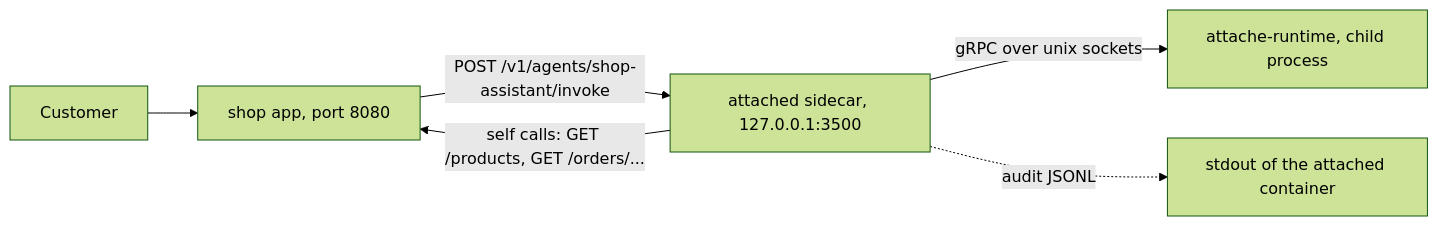
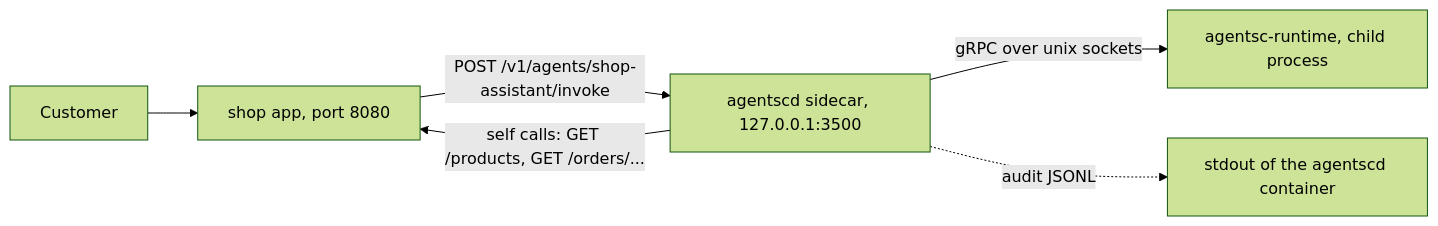
The first of 3 diagrams in docs/guides/monolith-and-monorepo.md (f8fvwgzc/agent-sidecar), drawn with Mermaid (forest theme) before and after one commit. The commit also changed other lines of this file and 365 other files, not shown here.

First line of the commit message:
Rename attache to agentsc (agent-sidecar) everywhere

````diff
--- a/docs/guides/monolith-and-monorepo.md
+++ b/docs/guides/monolith-and-monorepo.md
@@ -11,8 +11,8 @@
 ```mermaid
 flowchart LR
   user["Customer"] --> app["shop app, port 8080"]
-  app -->|"POST /v1/agents/shop-assistant/invoke"| sc["attached sidecar, 127.0.0.1:3500"]
-  sc -->|"gRPC over unix sockets"| rt["attache-runtime, child process"]
+  app -->|"POST /v1/agents/shop-assistant/invoke"| sc["agentscd sidecar, 127.0.0.1:3500"]
+  sc -->|"gRPC over unix sockets"| rt["agentsc-runtime, child process"]
   sc -->|"self calls: GET /products, GET /orders/..."| app
-  sc -.->|"audit JSONL"| logs["stdout of the attached container"]
+  sc -.->|"audit JSONL"| logs["stdout of the agentscd container"]
 ```
````
